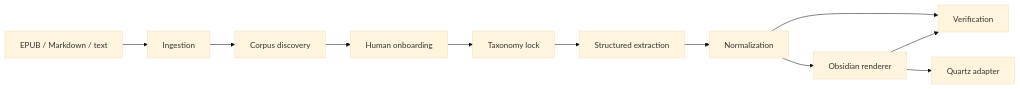
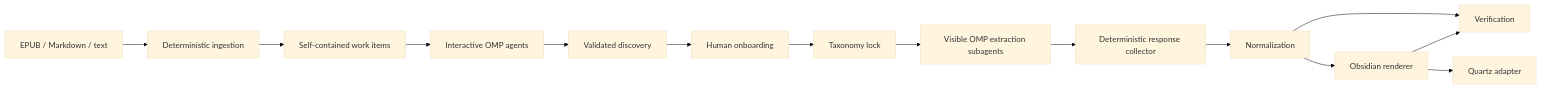
The diagram in docs/architecture.md (bjb2/dont-lose-the-plot), drawn with Mermaid (base theme) before and after one commit. The commit also changed other lines of this file and 31 other files, not shown here.

First line of the commit message:
feat: move extraction orchestration to OMP

````diff
--- a/docs/architecture.md
+++ b/docs/architecture.md
@@ -5,13 +5,16 @@
 ```mermaid
 flowchart LR
-  S[EPUB / Markdown / text] --> I[Ingestion]
-  I --> G[Corpus discovery]
+  S[EPUB / Markdown / text] --> I[Deterministic ingestion]
+  I --> W[Self-contained work items]
+  W --> A[Interactive OMP agents]
+  A --> G[Validated discovery]
   G --> O[Human onboarding]
   O --> L[Taxonomy lock]
-  L --> E[Structured extraction]
+  L --> X[Visible OMP extraction subagents]
+  X --> E[Deterministic response collector]
   E --> N[Normalization]
   N --> V[Verification]
   N --> R[Obsidian renderer]
   R --> V
   R --> Q[Quartz adapter]
 ```
````
